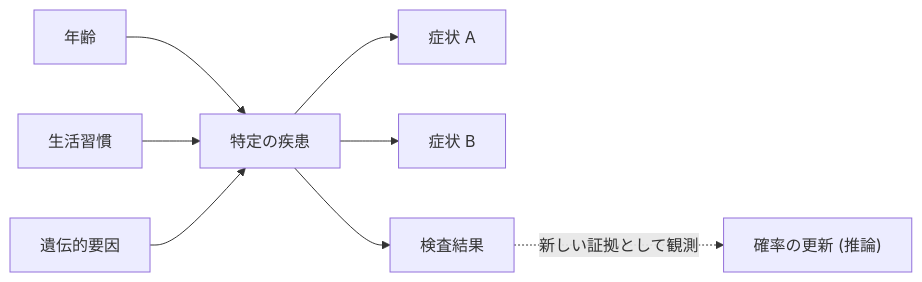
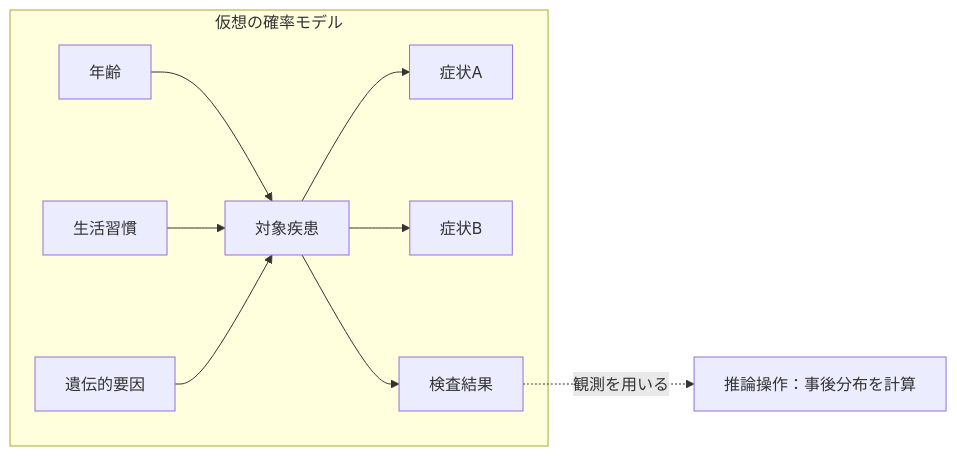
One commit to kenjinote/blog changed the second of 2 diagrams in content/post/bayes-theorem/index.md. Above: the diagram before and after it, drawn with Mermaid. The commit also changed other lines of this file and 10 other files, not shown here.

````diff
--- a/content/post/bayes-theorem/index.md
+++ b/content/post/bayes-theorem/index.md
@@ -117,12 +162,12 @@
 ```mermaid
 flowchart LR
-    Age["年齢"] --> Disease["特定の疾患"]
-    Lifestyle["生活習慣"] --> Disease
-    Genes["遺伝的要因"] --> Disease
-    
-    Disease --> SymptomA["症状 A"]
-    Disease --> SymptomB["症状 B"]
-    Disease --> TestResult["検査結果"]
-    
-    TestResult -.->|"新しい証拠として観測"| Update["確率の更新 (推論)"]
+    subgraph Model["仮想の確率モデル"]
+        Age["年齢"] --> Disease["対象疾患"]
+        Lifestyle["生活習慣"] --> Disease
+        Genes["遺伝的要因"] --> Disease
+        Disease --> SymptomA["症状A"]
+        Disease --> SymptomB["症状B"]
+        Disease --> TestResult["検査結果"]
+    end
+    TestResult -.->|"観測を用いる"| Inference["推論操作：事後分布を計算"]
 ```
````
